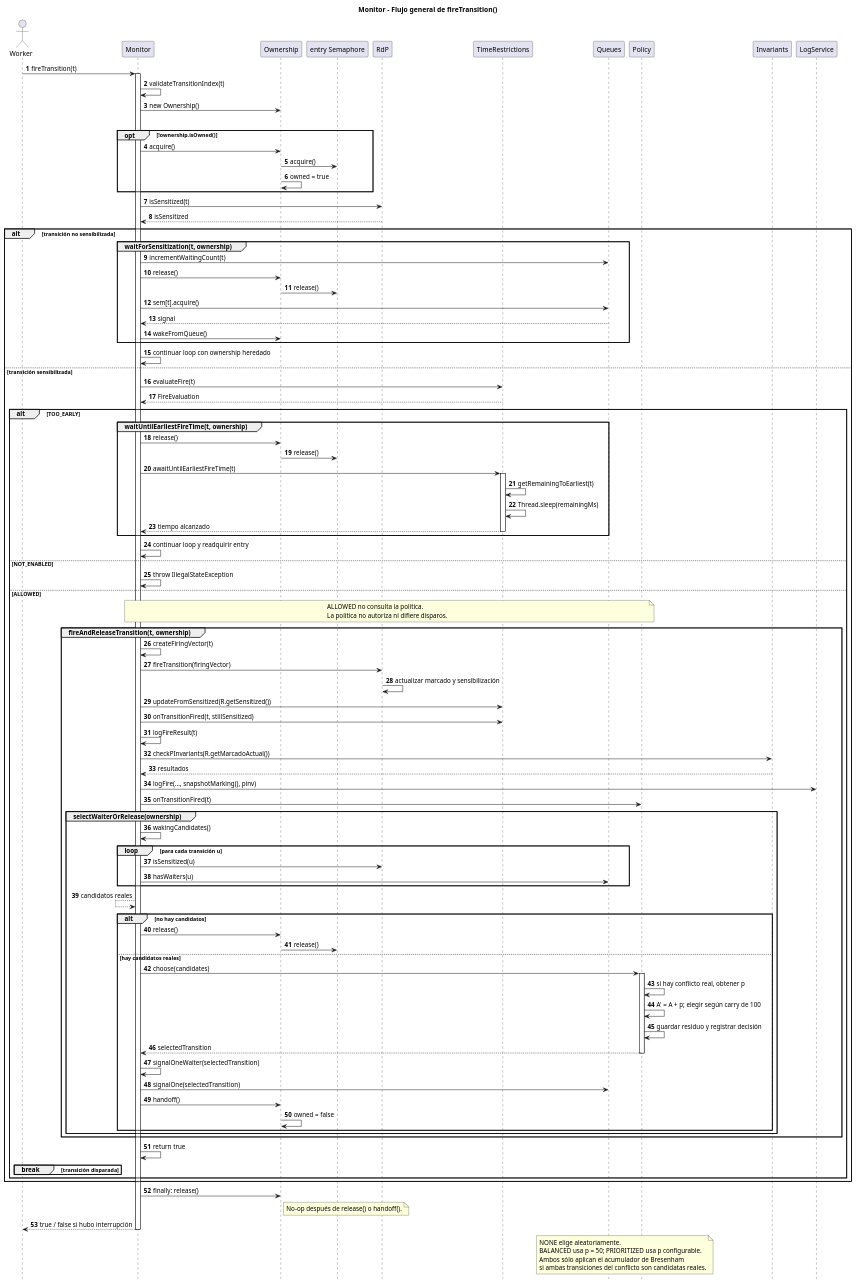
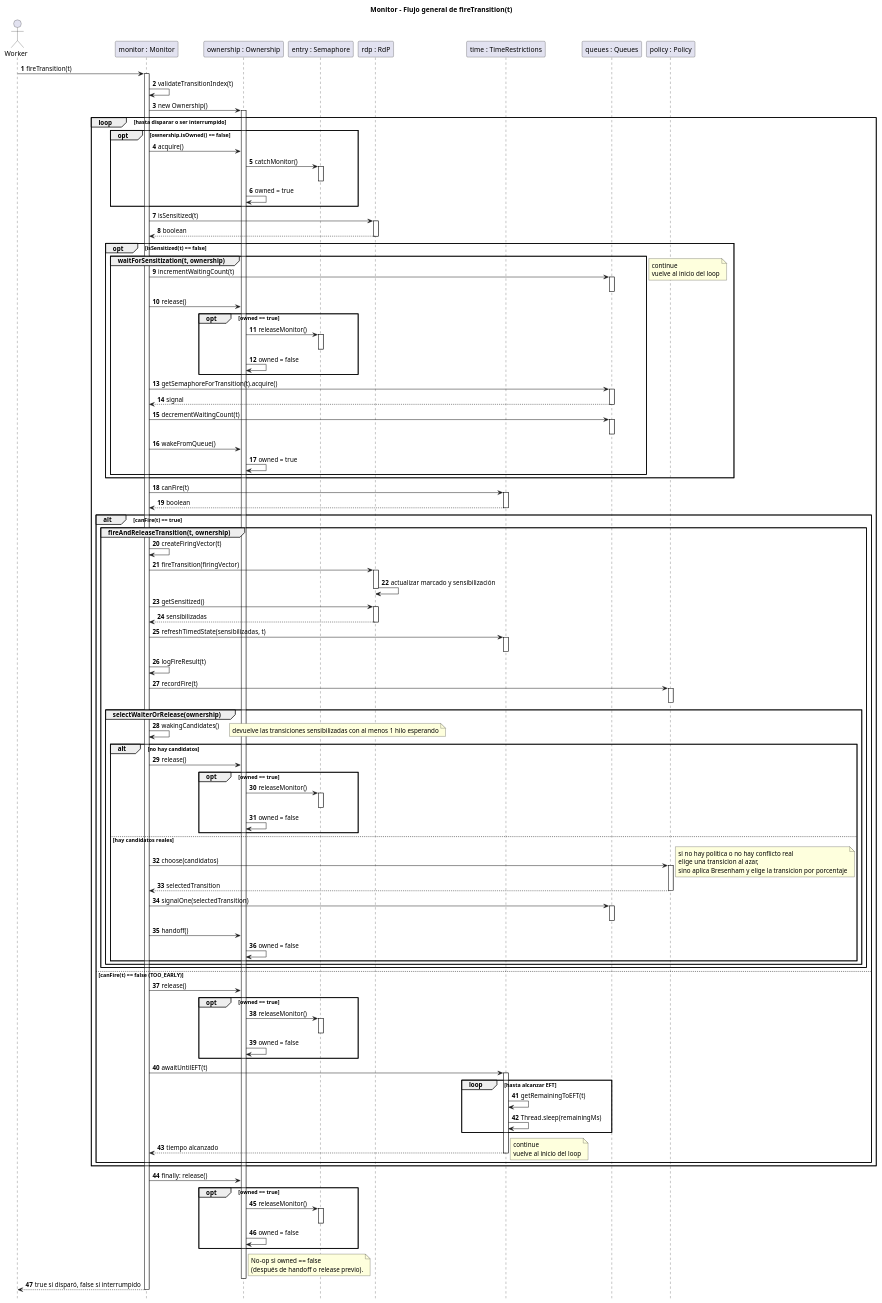
Before and after one commit to 1v6n/final-cp-project: the diagram in docs/diagrams/Monitor.puml, drawn with PlantUML.

Commit message:
feat: improved and corrected sequence diagram

```diff
--- a/docs/diagrams/Monitor.puml
+++ b/docs/diagrams/Monitor.puml
@@ -1,132 +1,149 @@
 @startuml
-title Monitor - Flujo general de fireTransition()
+title Monitor - Flujo general de fireTransition(t)
 
 autonumber
 hide footbox
 
 actor "Worker" as W
-participant "Monitor" as M
-participant "Ownership" as O
-participant "entry Semaphore" as E
-participant "RdP" as R
-participant "TimeRestrictions" as T
-participant "Queues" as Q
-participant "Policy" as P
-participant "Invariants" as I
-participant "LogService" as L
+participant "monitor : Monitor" as M
+participant "ownership : Ownership" as O
+participant "entry : Semaphore" as E
+participant "rdp : RdP" as R
+participant "time : TimeRestrictions" as T
+participant "queues : Queues" as Q
+participant "policy : Policy" as P
 
 W -> M : fireTransition(t)
 activate M
 M -> M : validateTransitionIndex(t)
 M -> O : new Ownership()
+activate O
 
 loop hasta disparar o ser interrumpido
-  opt !ownership.isOwned()
+  opt ownership.isOwned() == false
     M -> O : acquire()
-    O -> E : acquire()
+    O -> E : catchMonitor()
+    activate E
+    deactivate E
     O -> O : owned = true
   end
 
   M -> R : isSensitized(t)
-  R --> M : isSensitized
+  activate R
+  R --> M : boolean
+  deactivate R
 
-  alt transición no sensibilizada
+  opt isSensitized(t) == false
     group waitForSensitization(t, ownership)
       M -> Q : incrementWaitingCount(t)
+      activate Q
+      deactivate Q
       M -> O : release()
-      O -> E : release()
-      M -> Q : sem[t].acquire()
+      opt owned == true
+        O -> E : releaseMonitor()
+        activate E
+        deactivate E
+        O -> O : owned = false
+      end
+      M -> Q : getSemaphoreForTransition(t).acquire()
+      activate Q
       Q --> M : signal
+      deactivate Q
+      M -> Q : decrementWaitingCount(t)
+      activate Q
+      deactivate Q
       M -> O : wakeFromQueue()
+      O -> O : owned = true
     end
-    M -> M : continuar loop con ownership heredado
+    note right : continue\nvuelve al inicio del loop
+  end
 
-  else transición sensibilizada
-    M -> T : evaluateFire(t)
-    T --> M : FireEvaluation
+  M -> T : canFire(t)
+  activate T
+  T --> M : boolean
+  deactivate T
 
-    alt TOO_EARLY
-      group waitUntilEarliestFireTime(t, ownership)
-        M -> O : release()
-        O -> E : release()
-        M -> T : awaitUntilEarliestFireTime(t)
-        activate T
-        T -> T : getRemainingToEarliest(t)
-        T -> T : Thread.sleep(remainingMs)
-        T --> M : tiempo alcanzado
-        deactivate T
-      end
-      M -> M : continuar loop y readquirir entry
+  alt canFire(t) == true
+    group fireAndReleaseTransition(t, ownership)
+      M -> M : createFiringVector(t)
+      M -> R : fireTransition(firingVector)
+      activate R
+      R -> R : actualizar marcado y sensibilización
+      deactivate R
+      M -> R : getSensitized()
+      activate R
+      R --> M : sensibilizadas
+      deactivate R
+      M -> T: refreshTimedState(sensibilizadas, t)
+      activate T
+      deactivate T
+      M -> M : logFireResult(t)
+      M -> P : recordFire(t)
+      activate P
+      deactivate P
 
-    else NOT_ENABLED
-      M -> M : throw IllegalStateException
+      group selectWaiterOrRelease(ownership)
+        M -> M : wakingCandidates()
+        note right : devuelve las transiciones sensibilizadas con al menos 1 hilo esperando
 
-    else ALLOWED
-      note over M,P
-        ALLOWED no consulta la política.
-        La política no autoriza ni difiere disparos.
-      end note
-
-      group fireAndReleaseTransition(t, ownership)
-        M -> M : createFiringVector(t)
-        M -> R : fireTransition(firingVector)
-        R -> R : actualizar marcado y sensibilización
-
-        M -> T : updateFromSensitized(R.getSensitized())
-        M -> T : onTransitionFired(t, stillSensitized)
-        M -> M : logFireResult(t)
-        M -> I : checkPInvariants(R.getMarcadoActual())
-        I --> M : resultados
-        M -> L : logFire(..., snapshotMarking(), pinv)
-        M -> P : onTransitionFired(t)
-
-        group selectWaiterOrRelease(ownership)
-          M -> M : wakingCandidates()
-          loop para cada transición u
-            M -> R : isSensitized(u)
-            M -> Q : hasWaiters(u)
-          end
-          M <-- M : candidatos reales
-
-          alt no hay candidatos
-            M -> O : release()
-            O -> E : release()
-
-          else hay candidatos reales
-            M -> P : choose(candidates)
-            activate P
-            P -> P : si hay conflicto real, obtener p
-            P -> P : A' = A + p; elegir según carry de 100
-            P -> P : guardar residuo y registrar decisión
-            P --> M : selectedTransition
-            deactivate P
-
-            M -> M : signalOneWaiter(selectedTransition)
-            M -> Q : signalOne(selectedTransition)
-            M -> O : handoff()
+        alt no hay candidatos
+          M -> O : release()
+          opt owned == true
+            O -> E : releaseMonitor()
+            activate E
+            deactivate E
             O -> O : owned = false
           end
+
+        else hay candidatos reales
+          M -> P : choose(candidatos)
+          activate P
+          note right: si no hay politica o no hay conflicto real\nelige una transicion al azar,\nsino aplica Bresenham y elige la transicion por porcentaje
+          P --> M : selectedTransition
+          deactivate P
+
+          M -> Q : signalOne(selectedTransition)
+          activate Q
+          deactivate Q
+          M -> O : handoff()
+          O -> O : owned = false
         end
       end
+    end
 
-      M -> M : return true
-      break transición disparada
+  else canFire(t) == false (TOO_EARLY)
+    M -> O : release()
+    opt owned == true
+      O -> E : releaseMonitor()
+      activate E
+      deactivate E
+      O -> O : owned = false
     end
+    M -> T : awaitUntilEFT(t)
+    activate T
+    loop hasta alcanzar EFT
+      T -> T : getRemainingToEFT(t)
+      T -> T : Thread.sleep(remainingMs)
+    end
+    T --> M : tiempo alcanzado
+    deactivate T
+    note right : continue\nvuelve al inicio del loop
   end
 end
 
 M -> O : finally: release()
+opt owned == true
+  O -> E : releaseMonitor()
+  activate E
+  deactivate E
+  O -> O : owned = false
+end
 note right of O
-  No-op después de release() o handoff().
+  No-op si owned == false
+  (después de handoff o release previo).
 end note
-M --> W : true / false si hubo interrupción
+deactivate O
+M --> W : true si disparó, false si interrumpido
 deactivate M
 
-note over P,Q
-  NONE elige aleatoriamente.
-  BALANCED usa p = 50; PRIORITIZED usa p configurable.
-  Ambos sólo aplican el acumulador de Bresenham
-  si ambas transiciones del conflicto son candidatas reales.
-end note
-
 @enduml
```
